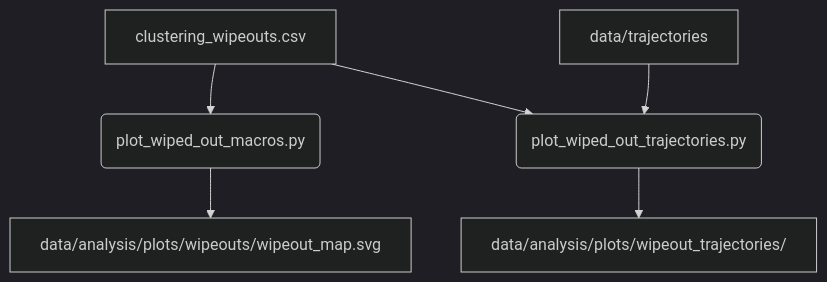
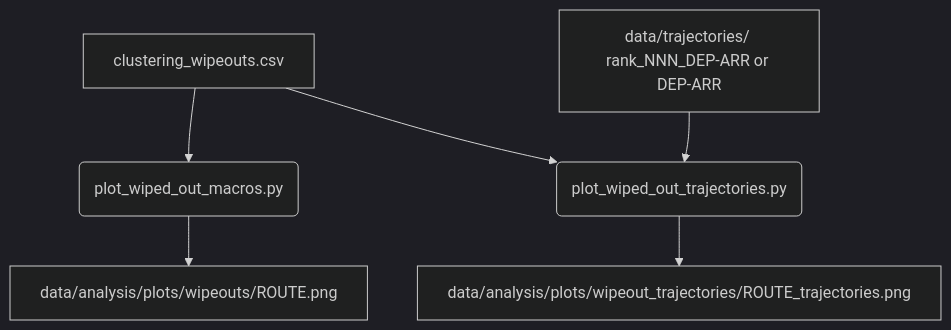
Before and after one commit to Bauzement123/flight-physics-pipeline: the second of 2 diagrams in src/analysis/plotting/README.md, drawn with Mermaid (dark theme). The commit also changed other lines of this file and 16 other files, not shown here.

````diff
--- a/src/analysis/plotting/README.md
+++ b/src/analysis/plotting/README.md
@@ -32,9 +53,9 @@
 ```mermaid
 flowchart TD
     A[clustering_wipeouts.csv] --> B(plot_wiped_out_macros.py)
     A --> C(plot_wiped_out_trajectories.py)
-    D[data/trajectories] --> C
+    D[data/trajectories/ rank_NNN_DEP-ARR or DEP-ARR] --> C
     
-    B --> E[data/analysis/plots/wipeouts/wipeout_map.svg]
-    C --> F[data/analysis/plots/wipeout_trajectories/]
+    B --> E[data/analysis/plots/wipeouts/ROUTE.png]
+    C --> F[data/analysis/plots/wipeout_trajectories/ROUTE_trajectories.png]
 ```
````
